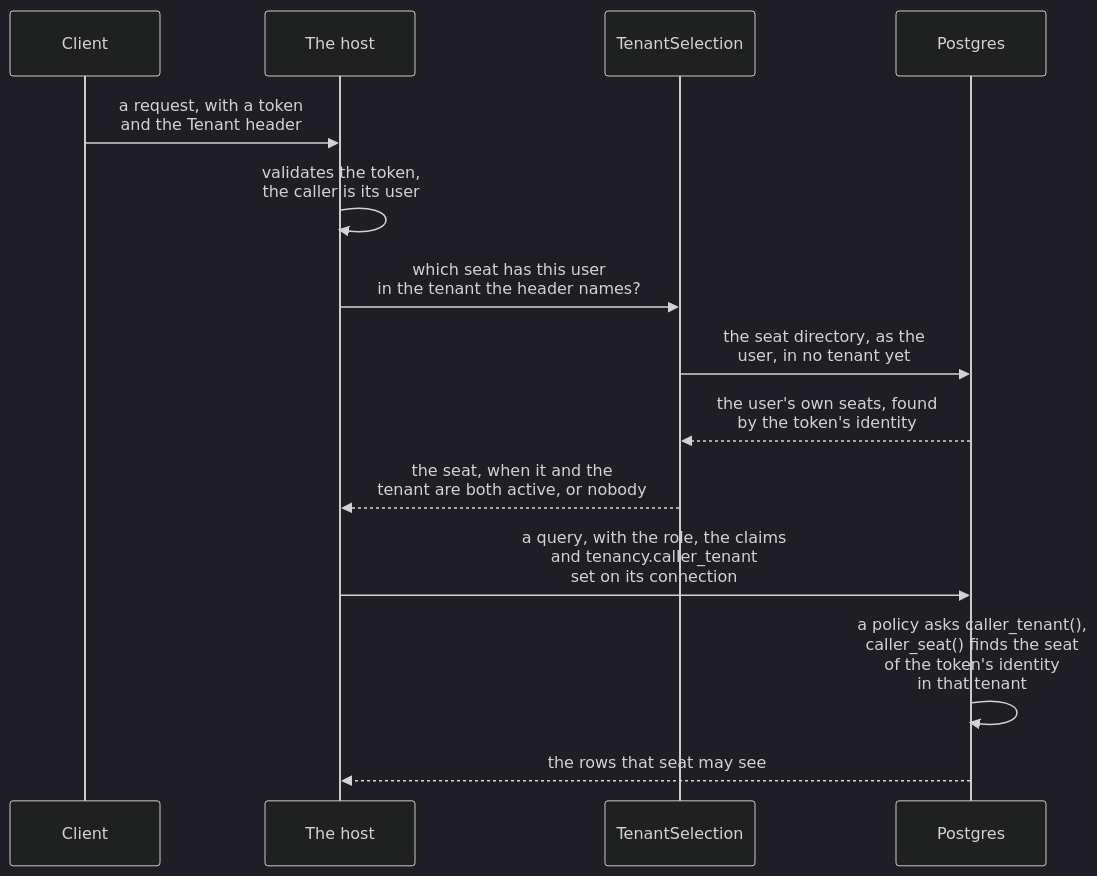
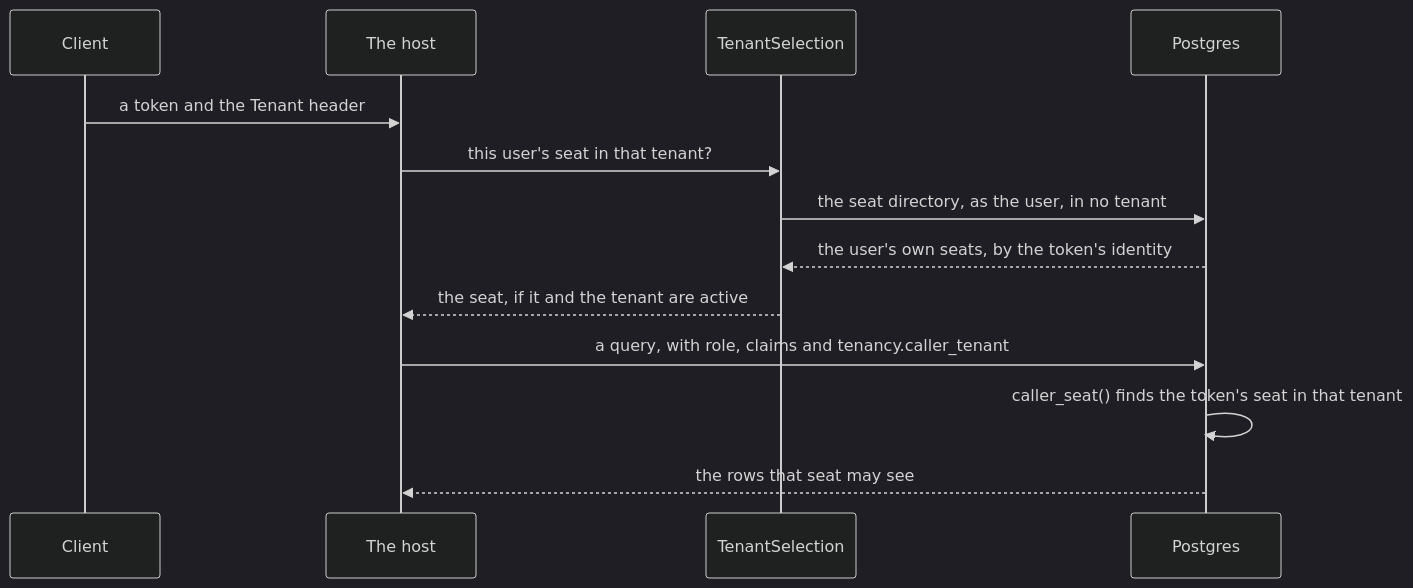
The diagram in docs/tenancy/postgres.md (DylanSnel/DDDToolkit), drawn with Mermaid (dark theme) before and after one commit. The commit also changed other lines of this file, not shown here.

First line of the commit message:
Docs: tighten Tenancy on Postgres (14,799 -> 8,750 words)

````diff
--- a/docs/tenancy/postgres.md
+++ b/docs/tenancy/postgres.md
@@ -178,16 +169,15 @@
 ```mermaid
 sequenceDiagram
     participant Client
     participant Host as The host
     participant Tenancy as TenantSelection
     participant Postgres
-    Client->>Host: a request, with a token<br/>and the Tenant header
-    Host->>Host: validates the token,<br/>the caller is its user
-    Host->>Tenancy: which seat has this user<br/>in the tenant the header names?
-    Tenancy->>Postgres: the seat directory, as the<br/>user, in no tenant yet
-    Postgres-->>Tenancy: the user's own seats, found<br/>by the token's identity
-    Tenancy-->>Host: the seat, when it and the<br/>tenant are both active, or nobody
-    Host->>Postgres: a query, with the role, the claims<br/>and tenancy.caller_tenant<br/>set on its connection
-    Postgres->>Postgres: a policy asks caller_tenant(),<br/>caller_seat() finds the seat<br/>of the token's identity<br/>in that tenant
+    Client->>Host: a token and the Tenant header
+    Host->>Tenancy: this user's seat in that tenant?
+    Tenancy->>Postgres: the seat directory, as the user, in no tenant
+    Postgres-->>Tenancy: the user's own seats, by the token's identity
+    Tenancy-->>Host: the seat, if it and the tenant are active
+    Host->>Postgres: a query, with role, claims and tenancy.caller_tenant
+    Postgres->>Postgres: caller_seat() finds the token's seat in that tenant
     Postgres-->>Host: the rows that seat may see
 ```
````
